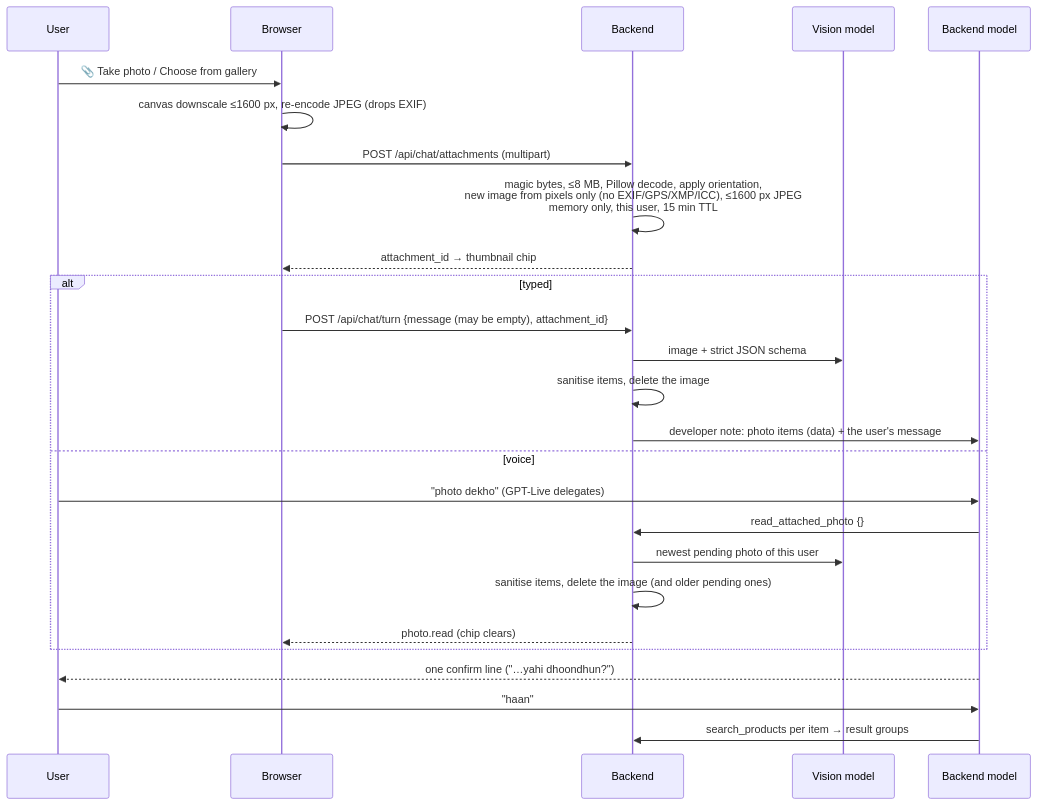
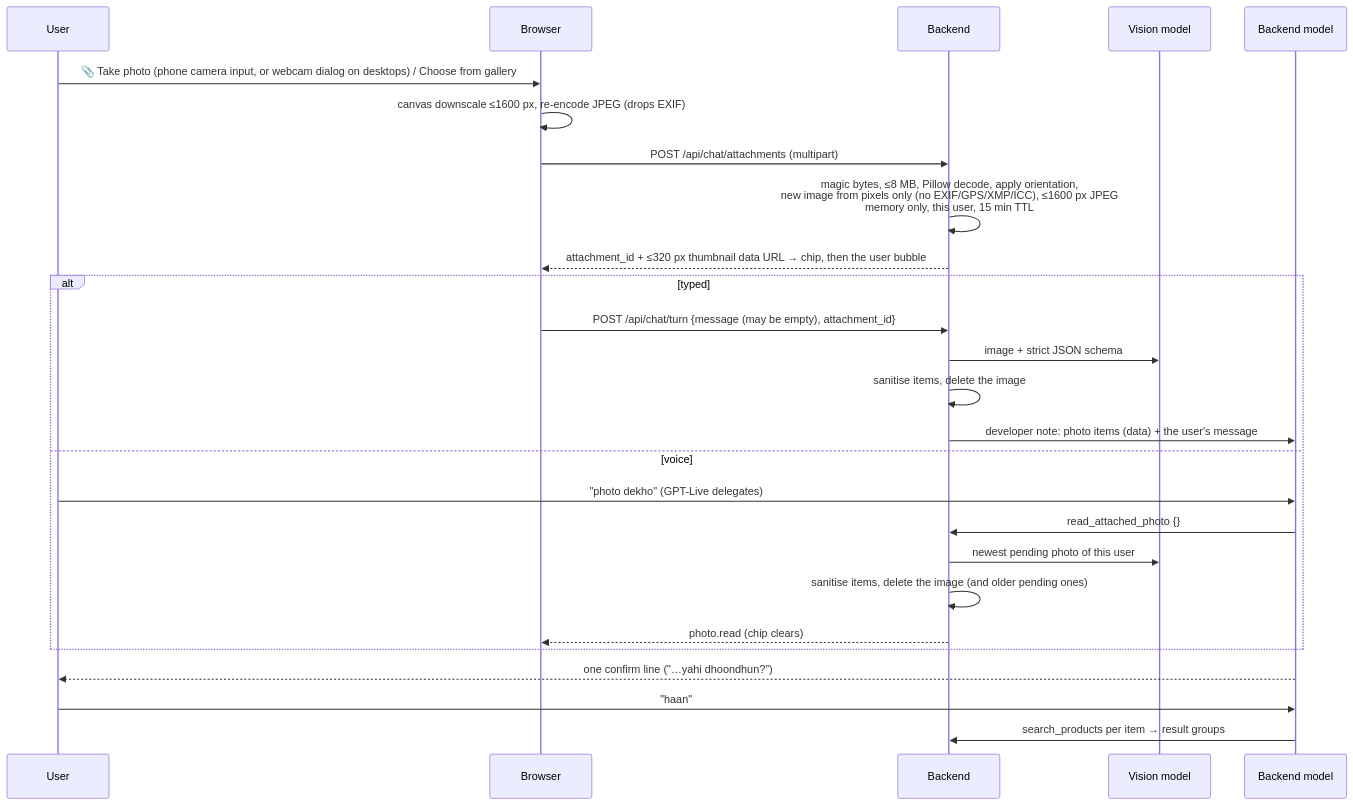
Before and after one commit to CodeWithMoin/gharsaathi: the eighth of 8 diagrams in docs/ARCHITECTURE.md, drawn with Mermaid. The commit also changed other lines of this file and 23 other files, not shown here.

Commit message:
Photo bubbles show a saved metadata-free thumbnail; extraction reads printed pack names verbatim (prompt 1.22.0)

````diff
--- a/docs/ARCHITECTURE.md
+++ b/docs/ARCHITECTURE.md
@@ -416,28 +416,28 @@
 ```mermaid
 sequenceDiagram
   participant U as User
   participant B as Browser
   participant A as Backend
   participant V as Vision model
   participant M as Backend model
-  U->>B: 📎 Take photo / Choose from gallery
+  U->>B: 📎 Take photo (phone camera input, or webcam dialog on desktops) / Choose from gallery
   B->>B: canvas downscale ≤1600 px, re-encode JPEG (drops EXIF)
   B->>A: POST /api/chat/attachments (multipart)
   A->>A: magic bytes, ≤8 MB, Pillow decode, apply orientation,<br/>new image from pixels only (no EXIF/GPS/XMP/ICC), ≤1600 px JPEG<br/>memory only, this user, 15 min TTL
-  A-->>B: attachment_id → thumbnail chip
+  A-->>B: attachment_id + ≤320 px thumbnail data URL → chip, then the user bubble
   alt typed
     B->>A: POST /api/chat/turn {message (may be empty), attachment_id}
     A->>V: image + strict JSON schema
     A->>A: sanitise items, delete the image
     A->>M: developer note: photo items (data) + the user's message
   else voice
     U->>M: "photo dekho" (GPT-Live delegates)
     M->>A: read_attached_photo {}
     A->>V: newest pending photo of this user
     A->>A: sanitise items, delete the image (and older pending ones)
     A-->>B: photo.read (chip clears)
   end
   M-->>U: one confirm line ("…yahi dhoondhun?")
   U->>M: "haan"
   M->>A: search_products per item → result groups
 ```
````
